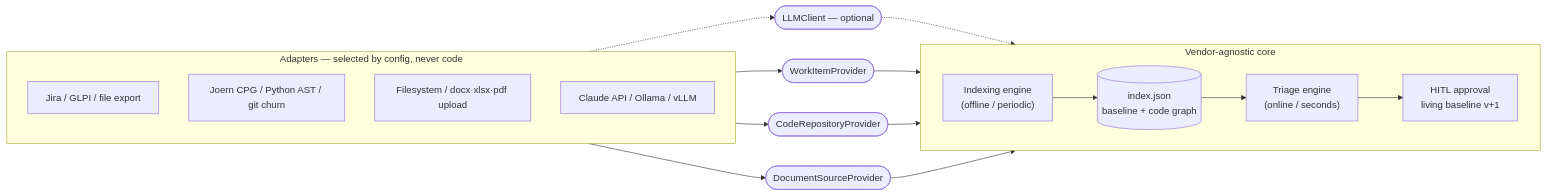
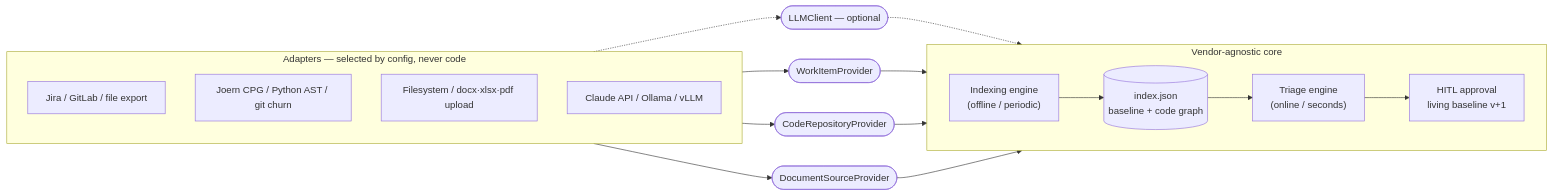
The diagram in docs/concepts.md (yasinyaman/etki), drawn with Mermaid before and after one commit. The commit also changed 21 other files, not shown here.

````diff
--- a/docs/concepts.md
+++ b/docs/concepts.md
@@ -87,24 +87,24 @@
 ```mermaid
 flowchart LR
     subgraph vendors ["Adapters — selected by config, never code"]
         direction TB
-        A1["Jira / GLPI / file export"]
+        A1["Jira / GitLab / file export"]
         A2["Joern CPG / Python AST / git churn"]
         A3["Filesystem / docx·xlsx·pdf upload"]
         A4["Claude API / Ollama / vLLM"]
     end
     A1 --> P1(["WorkItemProvider"])
     A2 --> P2(["CodeRepositoryProvider"])
     A3 --> P3(["DocumentSourceProvider"])
     A4 -.-> P4(["LLMClient — optional"])
     subgraph core ["Vendor-agnostic core"]
         direction LR
         IDX["Indexing engine<br/>(offline / periodic)"] --> IX[("index.json<br/>baseline + code graph")]
         IX --> TRI["Triage engine<br/>(online / seconds)"]
         TRI --> HITL["HITL approval<br/>living baseline v+1"]
     end
     P1 --> core
     P2 --> core
     P3 --> core
     P4 -.-> TRI
 ```
````
